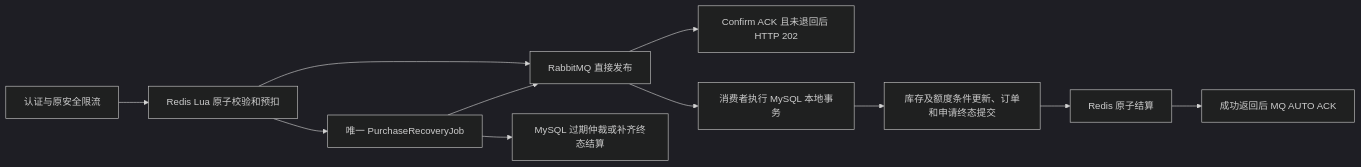
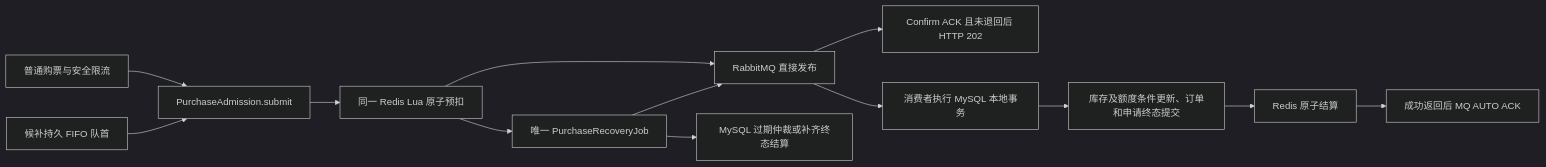
The diagram in docs/01-architecture.md (WGMJJM/ticketing), drawn with Mermaid (dark theme) before and after one commit. The commit also changed other lines of this file and 6 other files, not shown here.

````diff
--- a/docs/01-architecture.md
+++ b/docs/01-architecture.md
@@ -13,13 +13,15 @@
 ```mermaid
 flowchart LR
-    H[认证与原安全限流] --> R[Redis Lua 原子校验和预扣]
+    H[普通购票与安全限流] --> P[PurchaseAdmission.submit]
+    W[候补持久 FIFO 队首] --> P
+    P --> R[同一 Redis Lua 原子预扣]
     R --> Q[RabbitMQ 直接发布]
     Q --> A[Confirm ACK 且未退回后 HTTP 202]
     Q --> C[消费者执行 MySQL 本地事务]
     C --> O[库存及额度条件更新、订单和申请终态提交]
     O --> S[Redis 原子结算]
     S --> K[成功返回后 MQ AUTO ACK]
     R --> J[唯一 PurchaseRecoveryJob]
     J --> Q
     J --> E[MySQL 过期仲裁或补齐终态结算]
 ```
````
